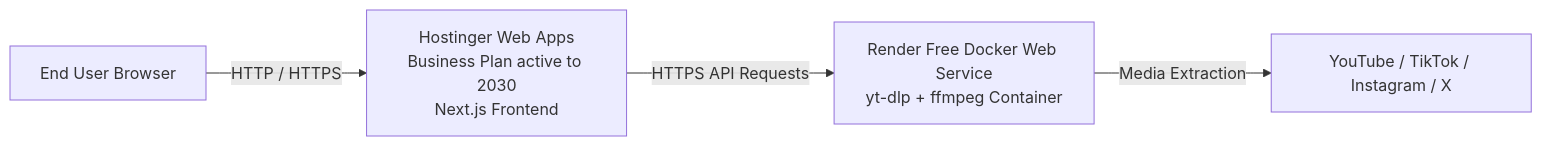
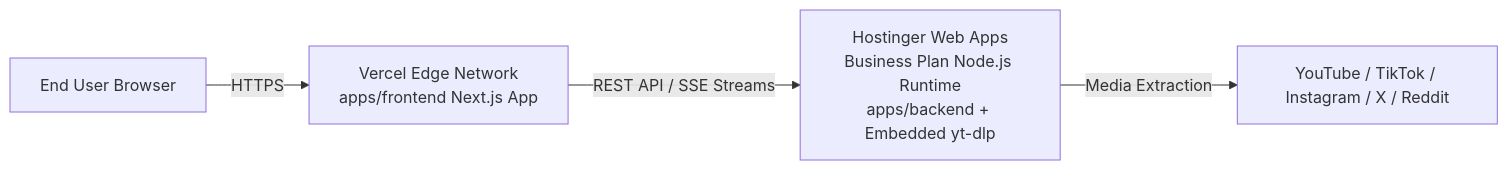
Before and after one commit to Asif259/Downloader: the diagram in docs/HOSTINGER_DEPLOYMENT.md, drawn with Mermaid. The commit also changed other lines of this file and 7 other files, not shown here.

Commit message:
feat(deploy): configure Hostinger Web Apps standalone backend and Vercel frontend

````diff
--- a/docs/HOSTINGER_DEPLOYMENT.md
+++ b/docs/HOSTINGER_DEPLOYMENT.md
@@ -12,6 +12,6 @@
 ```mermaid
 flowchart LR
-    User[End User Browser] -->|HTTP / HTTPS| Frontend[Hostinger Web Apps<br/>Business Plan active to 2030<br/>Next.js Frontend]
-    Frontend -->|HTTPS API Requests| Backend[Render Free Docker Web Service<br/>yt-dlp + ffmpeg Container]
-    Backend -->|Media Extraction| Platforms[YouTube / TikTok / Instagram / X]
+    User[End User Browser] -->|HTTPS| Vercel[Vercel Edge Network<br/>apps/frontend Next.js App]
+    Vercel -->|REST API / SSE Streams| Hostinger[Hostinger Web Apps<br/>Business Plan Node.js Runtime<br/>apps/backend + Embedded yt-dlp]
+    Hostinger -->|Media Extraction| Media[YouTube / TikTok / Instagram / X / Reddit]
 ```
````
